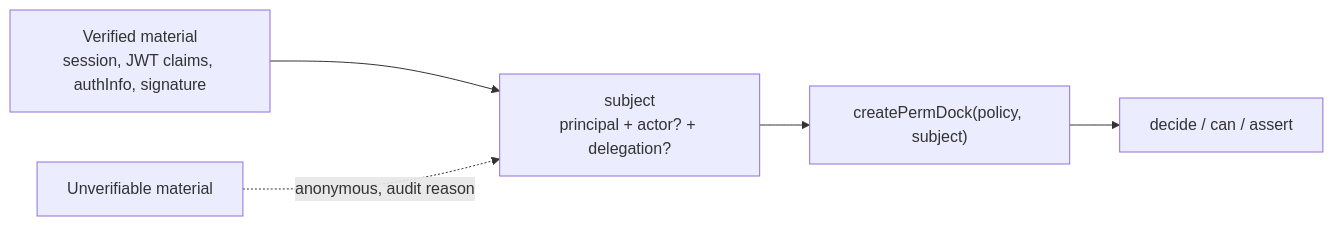
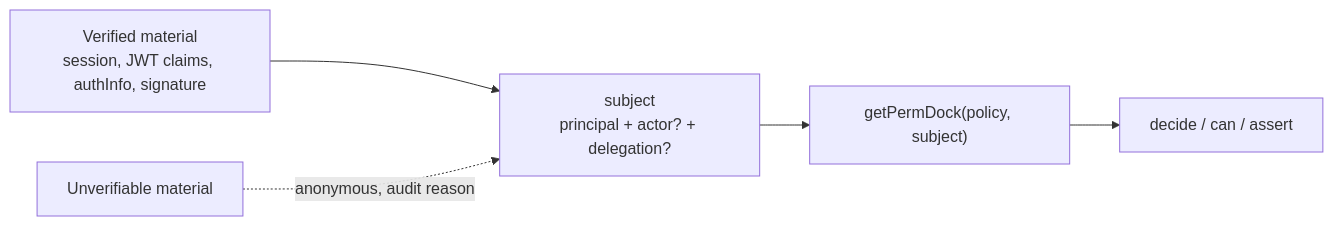
The first of 2 diagrams in apps/docs/content/docs/concepts/authentication.mdx (ScaleDockHQ/permdock), drawn with Mermaid before and after one commit. The commit also changed other lines of this file and 53 other files, not shown here.

Commit message:
docs: document getPermDock, getPermDockSync, requirePermission and prefetchRelations

````diff
--- a/apps/docs/content/docs/concepts/authentication.mdx
+++ b/apps/docs/content/docs/concepts/authentication.mdx
@@ -12,7 +12,7 @@
 ```mermaid
 flowchart LR
   Material["Verified material<br/>session, JWT claims, authInfo, signature"] --> Subject["subject<br/>principal + actor? + delegation?"]
-  Subject --> Factory["createPermDock(policy, subject)"]
+  Subject --> Factory["getPermDock(policy, subject)"]
   Factory --> Decide["decide / can / assert"]
   Bad["Unverifiable material"] -.->|anonymous, audit reason| Subject
 ```
````
